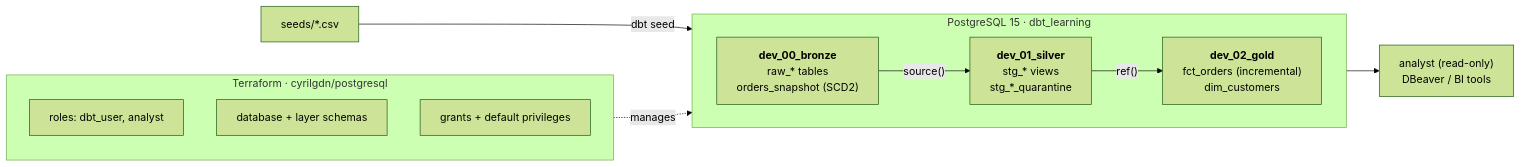
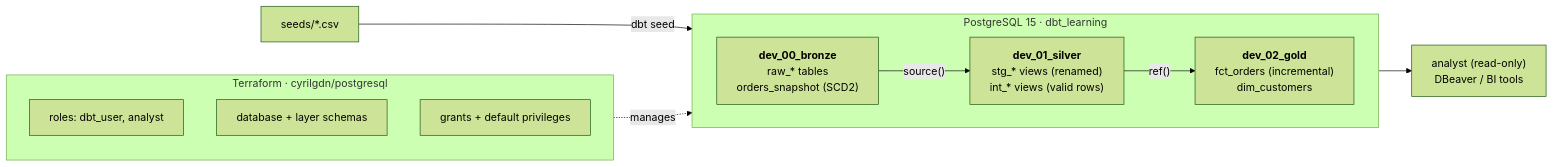
One commit to matiastulli/dbt-terraform-postgres-medallion changed the diagram in README.md. Above: the diagram before and after it, drawn with Mermaid (forest theme). The commit also changed other lines of this file and 18 other files, not shown here.

````diff
--- a/README.md
+++ b/README.md
@@ -15,20 +15,20 @@
 ```mermaid
 flowchart LR
     CSV["seeds/*.csv"] -->|dbt seed| B
 
     subgraph PG["PostgreSQL 15 · dbt_learning"]
         direction LR
-        B["<b>dev_00_bronze</b><br/>raw_* tables<br/>orders_snapshot (SCD2)"] -->|"source()"| S["<b>dev_01_silver</b><br/>stg_* views<br/>stg_*_quarantine"]
+        B["<b>dev_00_bronze</b><br/>raw_* tables<br/>orders_snapshot (SCD2)"] -->|"source()"| S["<b>dev_01_silver</b><br/>stg_* views (renamed)<br/>int_* views (valid rows)"]
         S -->|"ref()"| G["<b>dev_02_gold</b><br/>fct_orders (incremental)<br/>dim_customers"]
     end
 
     subgraph TF["Terraform · cyrilgdn/postgresql"]
         direction TB
         T1["roles: dbt_user, analyst"]
         T2["database + layer schemas"]
         T3["grants + default privileges"]
     end
 
     TF -. manages .-> PG
     G --> A["analyst (read-only)<br/>DBeaver / BI tools"]
 ```
````
